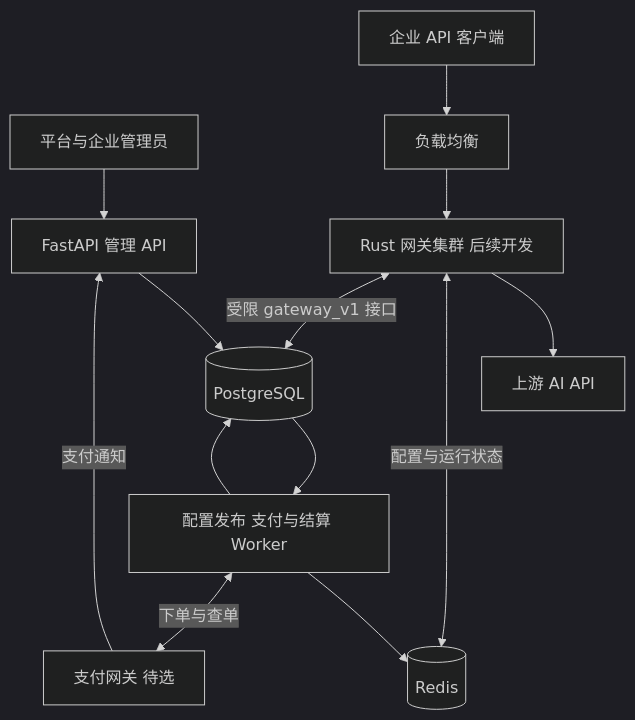
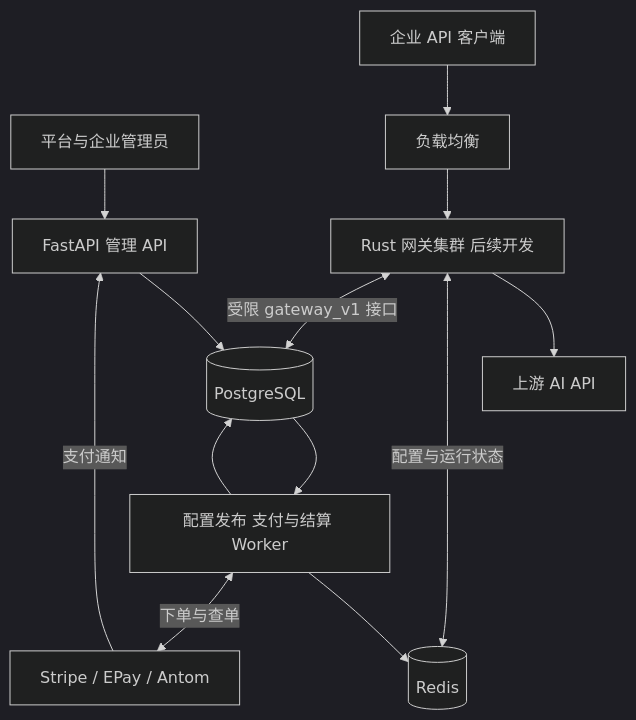
Before and after one commit to Ember-Moth/Nexus: the diagram in docs/architecture.md, drawn with Mermaid (dark theme). The commit also changed other lines of this file and 16 other files, not shown here.

````diff
--- a/docs/architecture.md
+++ b/docs/architecture.md
@@ -9,15 +7,15 @@
 ```mermaid
 flowchart TB
     Operator[平台与企业管理员] --> API[FastAPI 管理 API]
     API --> PG[(PostgreSQL)]
     PG --> Worker[配置发布 支付与结算 Worker]
     Worker --> PG
     Worker --> Redis[(Redis)]
-    Worker <-->|下单与查单| Payment[支付网关 待选]
+    Worker <-->|下单与查单| Payment[Stripe / EPay / Antom]
     Payment -->|支付通知| API
     Client[企业 API 客户端] --> LB[负载均衡]
     LB --> Gateway[Rust 网关集群 后续开发]
     Gateway --> Provider[上游 AI API]
     Gateway <-->|配置与运行状态| Redis
     Gateway <-->|受限 gateway_v1 接口| PG
 ```
````
